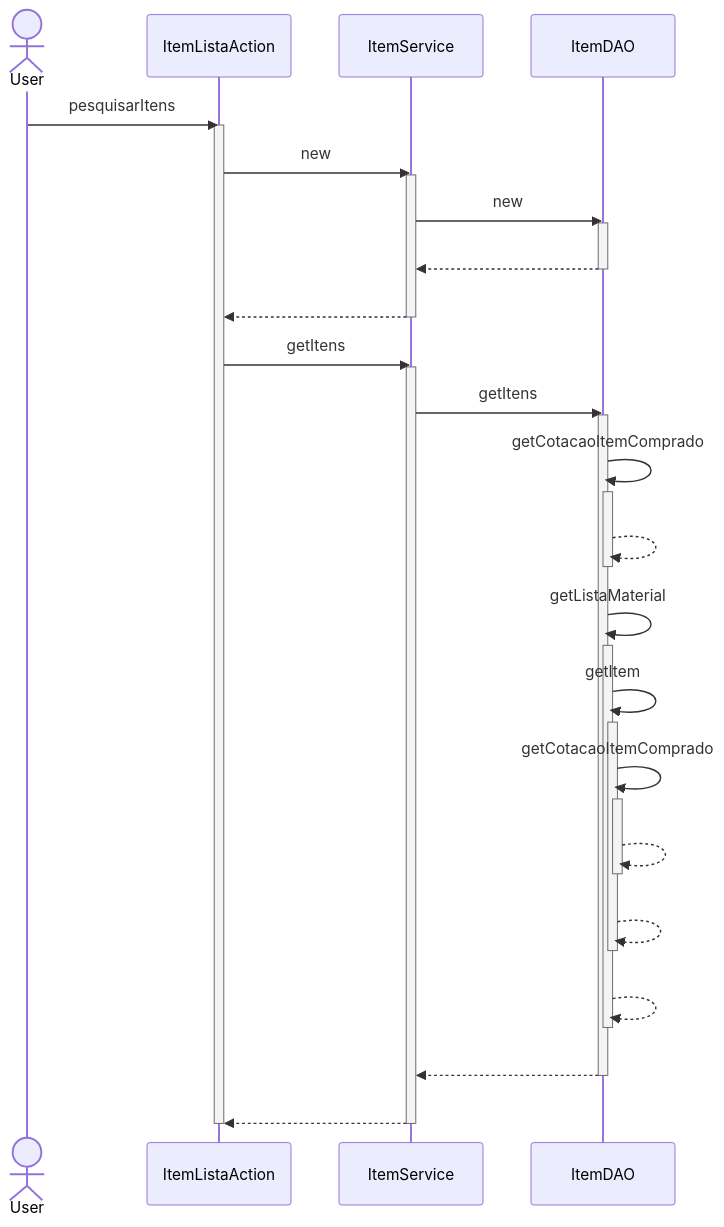
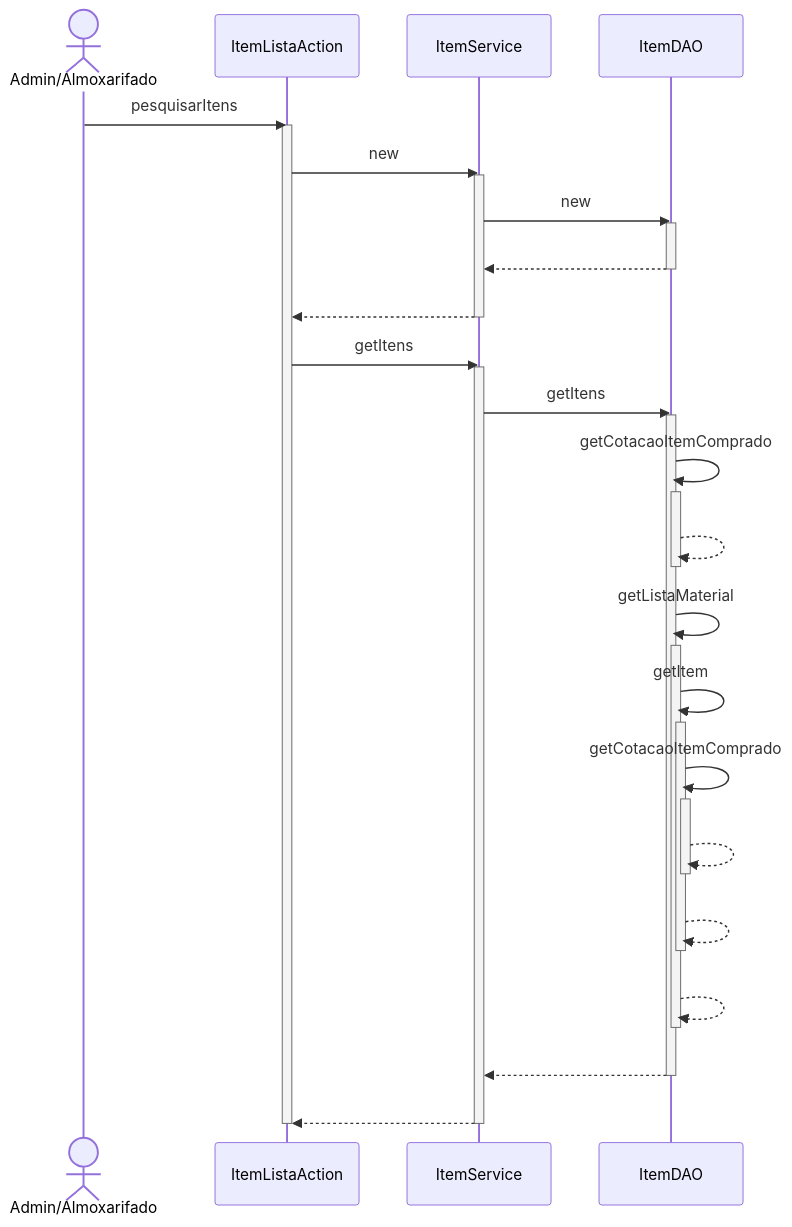
One commit to branqsMRP/SequenceDiagram changed the diagram in DiagramaSequencia/Novo Diagrama Sequencia/Item/Pesquisar Itens.mmd. Above: the diagram before and after it, drawn with Mermaid. The commit also changed 7 other files, not shown here.

```diff
--- a/DiagramaSequencia/Novo Diagrama Sequencia/Item/Pesquisar Itens.mmd
+++ b/DiagramaSequencia/Novo Diagrama Sequencia/Item/Pesquisar Itens.mmd
@@ -1,37 +1,37 @@
 sequenceDiagram
-actor User
-User ->> ItemListaAction : pesquisarItens
+actor AA as Admin/Almoxarifado
+AA ->> ItemListaAction : pesquisarItens
 activate ItemListaAction
 ItemListaAction ->> ItemService : new
 activate ItemService
 ItemService ->> ItemDAO : new
 activate ItemDAO
 ItemDAO -->> ItemService : #32; 
 deactivate ItemDAO
 ItemService -->> ItemListaAction : #32; 
 deactivate ItemService
 ItemListaAction ->> ItemService : getItens
 activate ItemService
 ItemService ->> ItemDAO : getItens
 activate ItemDAO
 ItemDAO ->> ItemDAO : getCotacaoItemComprado
 activate ItemDAO
 ItemDAO -->> ItemDAO : #32; 
 deactivate ItemDAO
 ItemDAO ->> ItemDAO : getListaMaterial
 activate ItemDAO
 ItemDAO ->> ItemDAO : getItem
 activate ItemDAO
 ItemDAO ->> ItemDAO : getCotacaoItemComprado
 activate ItemDAO
 ItemDAO -->> ItemDAO : #32; 
 deactivate ItemDAO
 ItemDAO -->> ItemDAO : #32; 
 deactivate ItemDAO
 ItemDAO -->> ItemDAO : #32; 
 deactivate ItemDAO
 ItemDAO -->> ItemService : #32; 
 deactivate ItemDAO
 ItemService -->> ItemListaAction : #32; 
 deactivate ItemService
 deactivate ItemListaAction
```
